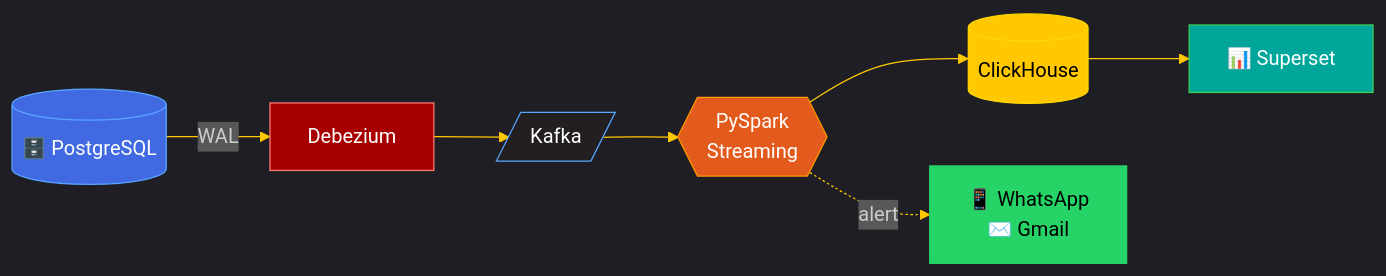
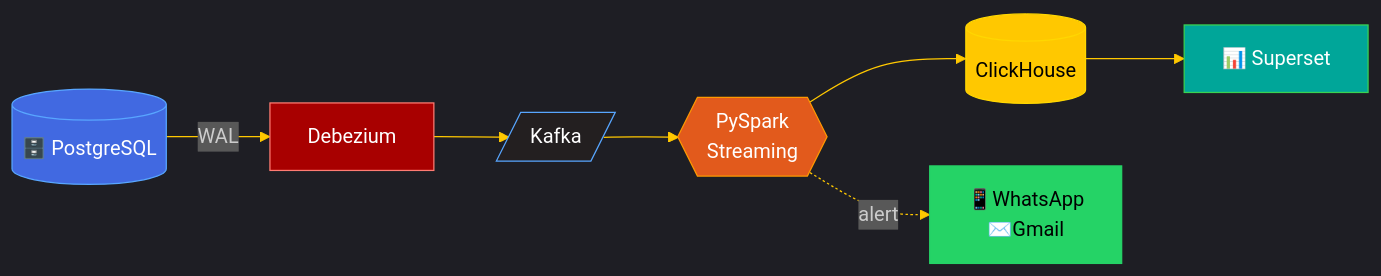
One commit to shehab-hub-0/shehab-hub-0 changed the first of 5 diagrams in README.md. Above: the diagram before and after it, drawn with Mermaid. The commit also changed other lines of this file, not shown here.

````diff
--- a/README.md
+++ b/README.md
@@ -179,18 +226,18 @@
 ```mermaid
 %%{init:{"theme":"dark","themeVariables":{"lineColor":"#FFC800","primaryTextColor":"#c9d1d9"}}}%%
 flowchart LR
     A[("🗄️ PostgreSQL")] -->|WAL| B["Debezium"]
     B --> C[/"Kafka"/]
     C --> D{{"PySpark\nStreaming"}}
     D --> E[("ClickHouse")]
-    D -.->|alert| F["📱 WhatsApp\n✉️ Gmail"]
+    D -.->|alert| F["📱WhatsApp\n✉️Gmail"]
     E --> G["📊 Superset"]
 
     style A fill:#4169E1,stroke:#58a6ff,color:#fff
     style B fill:#A80000,stroke:#ff7b72,color:#fff
     style C fill:#231F20,stroke:#58a6ff,color:#fff
     style D fill:#E25A1C,stroke:#ff9900,color:#fff
     style E fill:#FFC800,stroke:#ffd700,color:#000
     style F fill:#25D366,stroke:#25D366,color:#000
     style G fill:#00A699,stroke:#39d353,color:#fff
 ```
````
